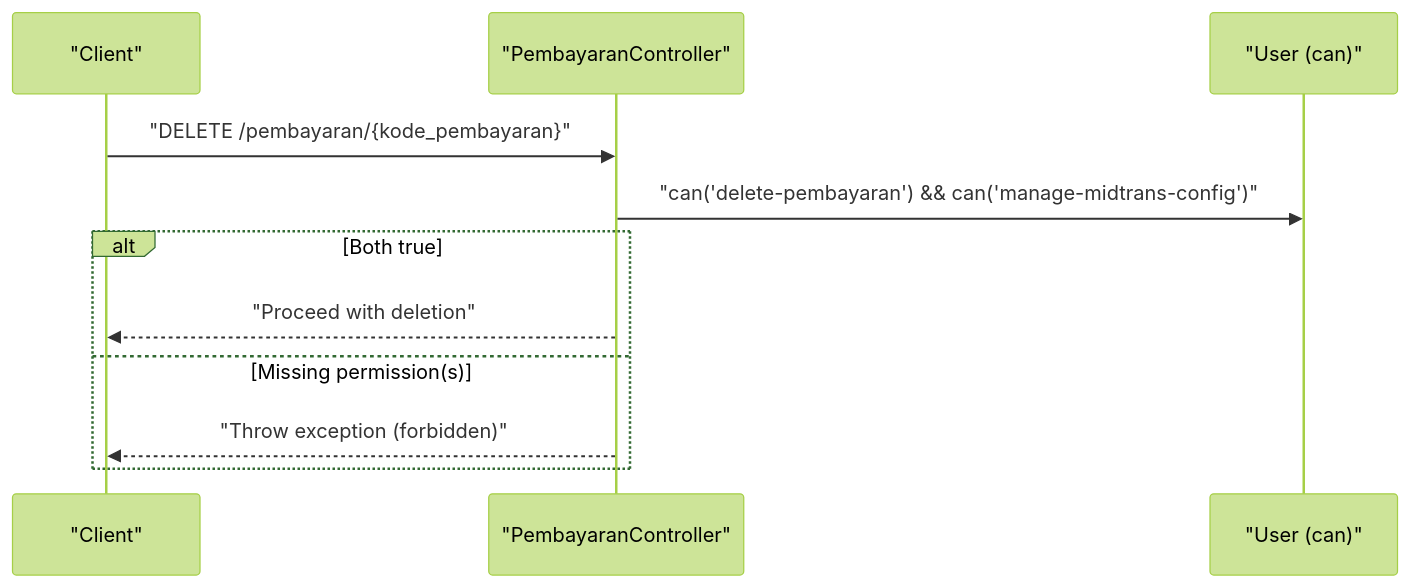
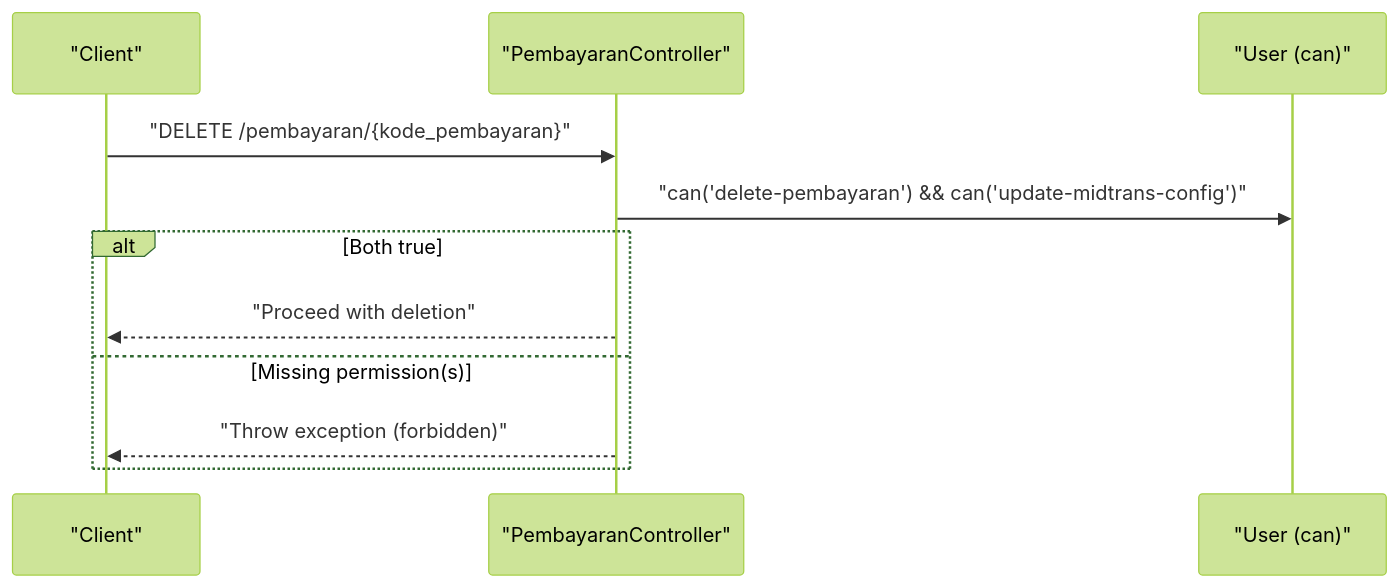
One commit to Fathurrahman-R/Manajemen-Keuangan-dan-SPP-Handayani changed the fourth of 5 diagrams in .qoder/repowiki/en/content/Authentication & Authorization/Permission System & Access Control.md. Above: the diagram before and after it, drawn with Mermaid (forest theme). The commit also changed other lines of this file and 32 other files, not shown here.

````diff
--- a/.qoder/repowiki/en/content/Authentication & Authorization/Permission System & Access Control.md
+++ b/.qoder/repowiki/en/content/Authentication & Authorization/Permission System & Access Control.md
@@ -280,13 +277,13 @@
 ```mermaid
 sequenceDiagram
 participant Client as "Client"
 participant Ctrl as "PembayaranController"
 participant User as "User (can)"
 Client->>Ctrl : "DELETE /pembayaran/{kode_pembayaran}"
-Ctrl->>User : "can('delete-pembayaran') && can('manage-midtrans-config')"
+Ctrl->>User : "can('delete-pembayaran') && can('update-midtrans-config')"
 alt Both true
 Ctrl-->>Client : "Proceed with deletion"
 else Missing permission(s)
 Ctrl-->>Client : "Throw exception (forbidden)"
 end
 ```
````
